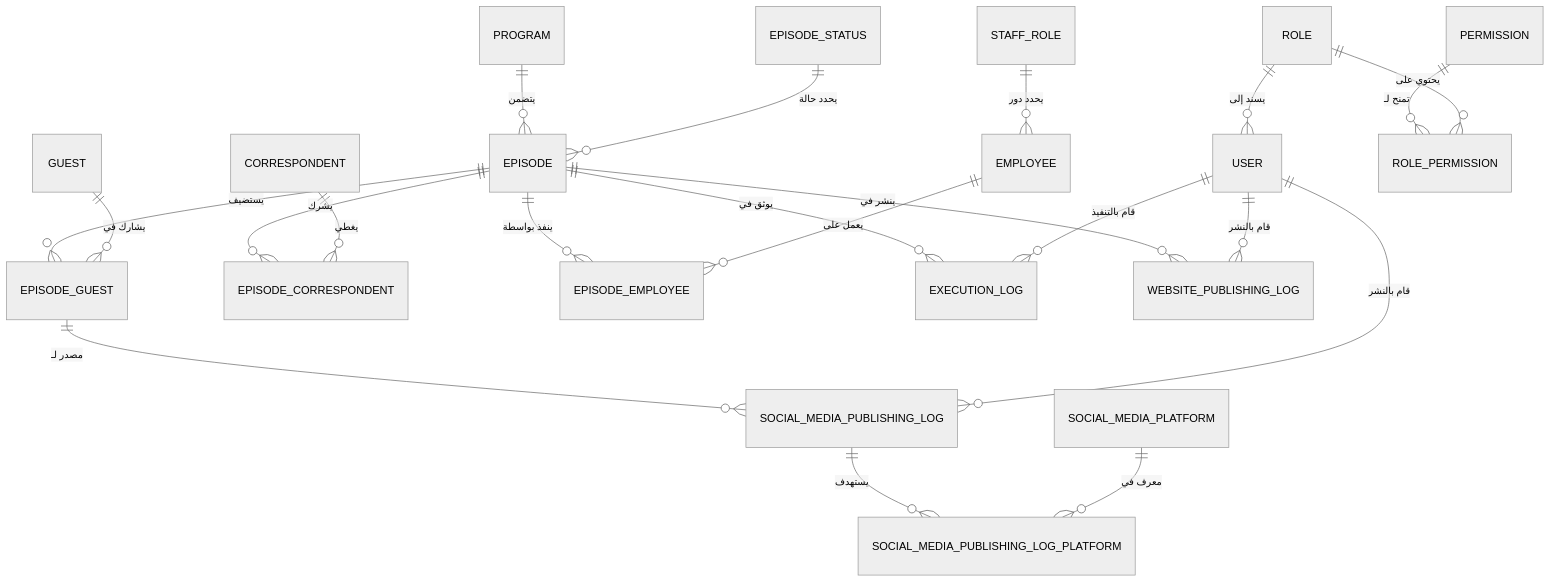
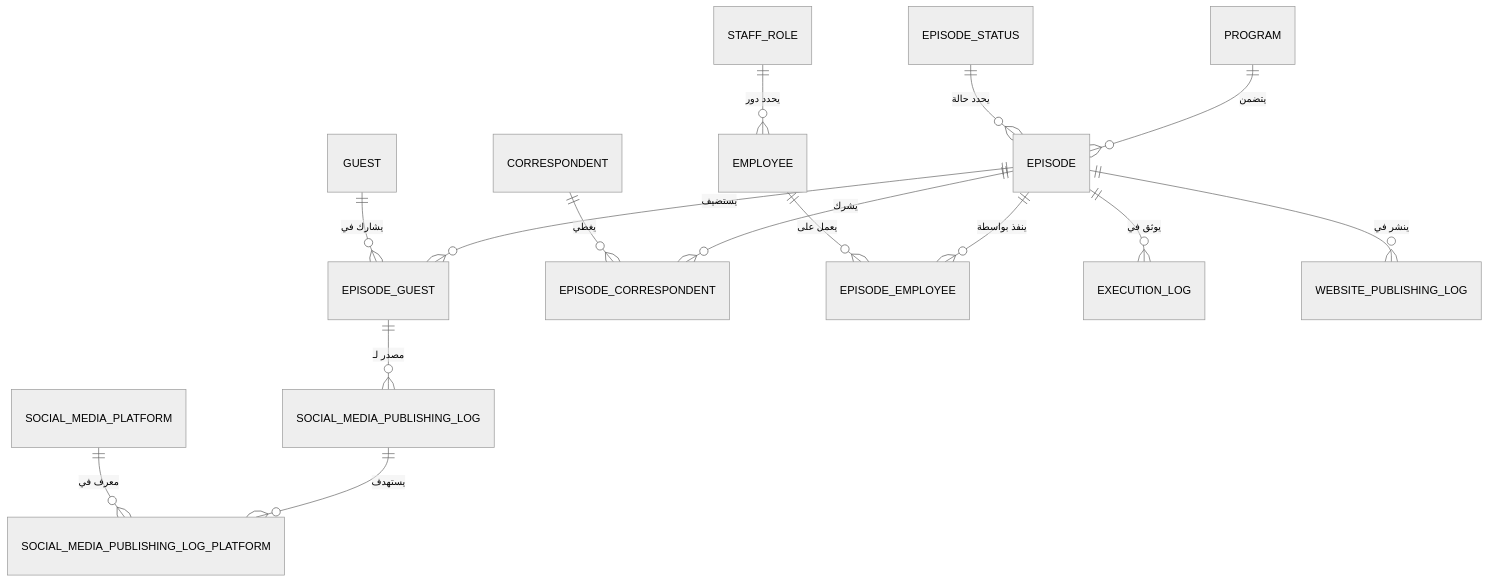
Before and after one commit to dabasgaza/Radio: the diagram in README.md, drawn with Mermaid (neutral theme). The commit also changed other lines of this file, not shown here.

````diff
--- a/README.md
+++ b/README.md
@@ -46,27 +78,20 @@
 ```mermaid
 erDiagram
     PROGRAM ||--o{ EPISODE : "يتضمن"
     EPISODE ||--o{ EPISODE_GUEST : "يستضيف"
     EPISODE ||--o{ EPISODE_CORRESPONDENT : "يشرك"
     EPISODE ||--o{ EPISODE_EMPLOYEE : "ينفذ بواسطة"
     EPISODE ||--o{ EXECUTION_LOG : "يوثق في"
     EPISODE ||--o{ WEBSITE_PUBLISHING_LOG : "ينشر في"
     
     EPISODE_STATUS ||--o{ EPISODE : "يحدد حالة"
     
     GUEST ||--o{ EPISODE_GUEST : "يشارك في"
     CORRESPONDENT ||--o{ EPISODE_CORRESPONDENT : "يغطي"
     EMPLOYEE ||--o{ EPISODE_EMPLOYEE : "يعمل على"
     STAFF_ROLE ||--o{ EMPLOYEE : "يحدد دور"
     
     EPISODE_GUEST ||--o{ SOCIAL_MEDIA_PUBLISHING_LOG : "مصدر لـ"
     SOCIAL_MEDIA_PUBLISHING_LOG ||--o{ SOCIAL_MEDIA_PUBLISHING_LOG_PLATFORM : "يستهدف"
     SOCIAL_MEDIA_PLATFORM ||--o{ SOCIAL_MEDIA_PUBLISHING_LOG_PLATFORM : "معرف في"
-    
-    USER ||--o{ EXECUTION_LOG : "قام بالتنفيذ"
-    USER ||--o{ SOCIAL_MEDIA_PUBLISHING_LOG : "قام بالنشر"
-    USER ||--o{ WEBSITE_PUBLISHING_LOG : "قام بالنشر"
-    ROLE ||--o{ USER : "يسند إلى"
-    PERMISSION ||--o{ ROLE_PERMISSION : "تمنح لـ"
-    ROLE ||--o{ ROLE_PERMISSION : "يحتوي على"
 ```
````
